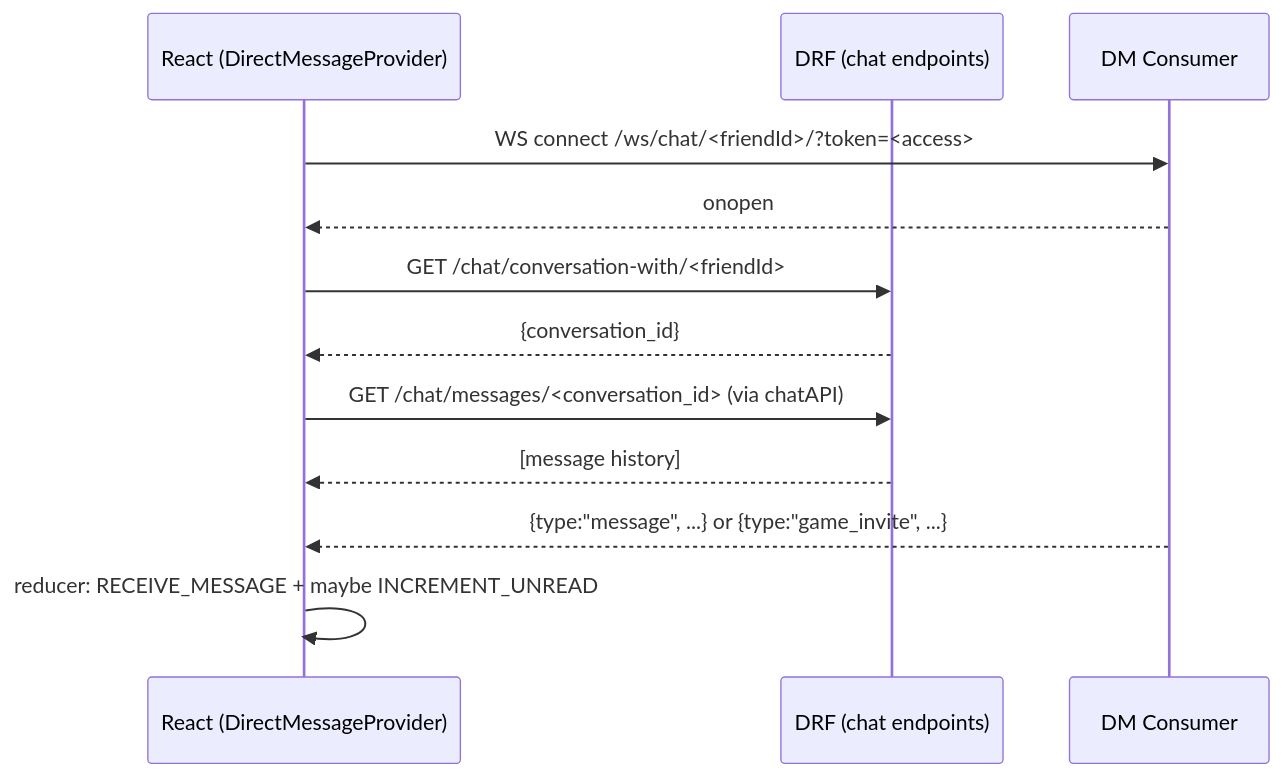
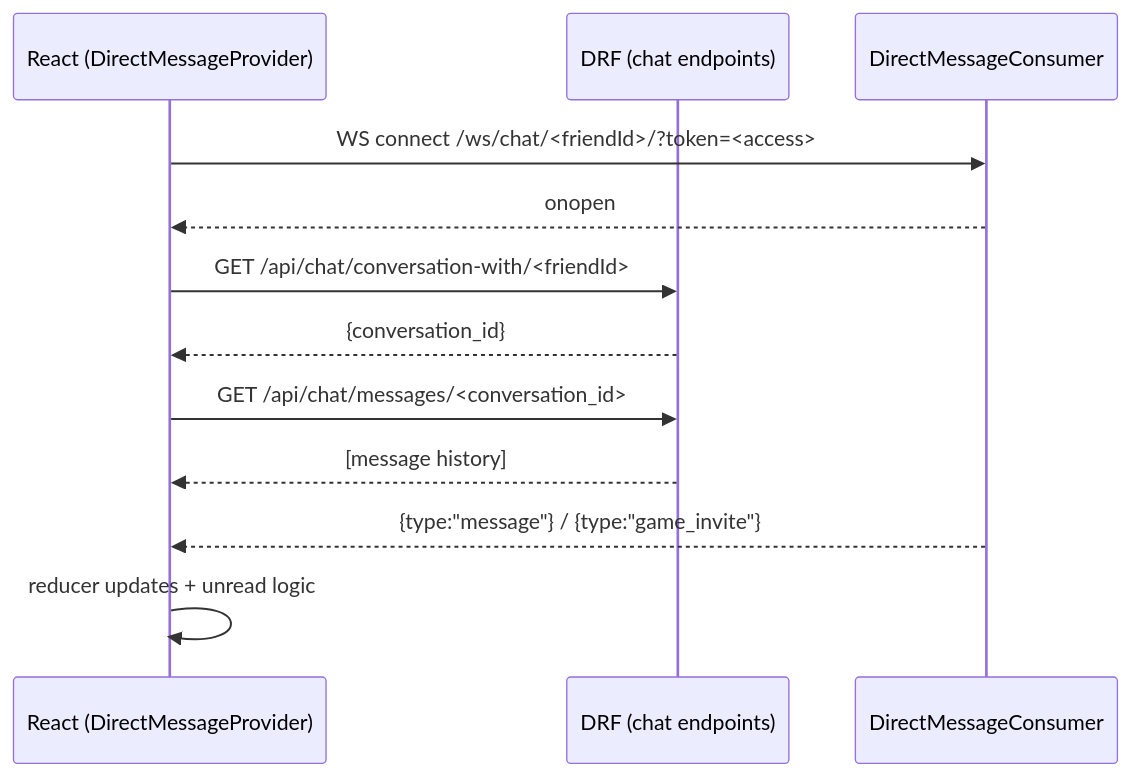
One commit to anthonynarine/tic_tac_toe changed the fourth of 7 diagrams in README.MD. Above: the diagram before and after it, drawn with Mermaid. The commit also changed other lines of this file, not shown here.

````diff
--- a/README.MD
+++ b/README.MD
@@ -136,15 +167,15 @@
 ```mermaid
 sequenceDiagram
   participant FE as React (DirectMessageProvider)
   participant API as DRF (chat endpoints)
-  participant WS as DM Consumer
+  participant WS as DirectMessageConsumer
 
   FE->>WS: WS connect /ws/chat/<friendId>/?token=<access>
   WS-->>FE: onopen
-  FE->>API: GET /chat/conversation-with/<friendId>
+  FE->>API: GET /api/chat/conversation-with/<friendId>
   API-->>FE: {conversation_id}
-  FE->>API: GET /chat/messages/<conversation_id> (via chatAPI)
+  FE->>API: GET /api/chat/messages/<conversation_id>
   API-->>FE: [message history]
-  WS-->>FE: {type:"message", ...} or {type:"game_invite", ...}
-  FE->>FE: reducer: RECEIVE_MESSAGE + maybe INCREMENT_UNREAD
+  WS-->>FE: {type:"message"} / {type:"game_invite"}
+  FE->>FE: reducer updates + unread logic
 ```
````
